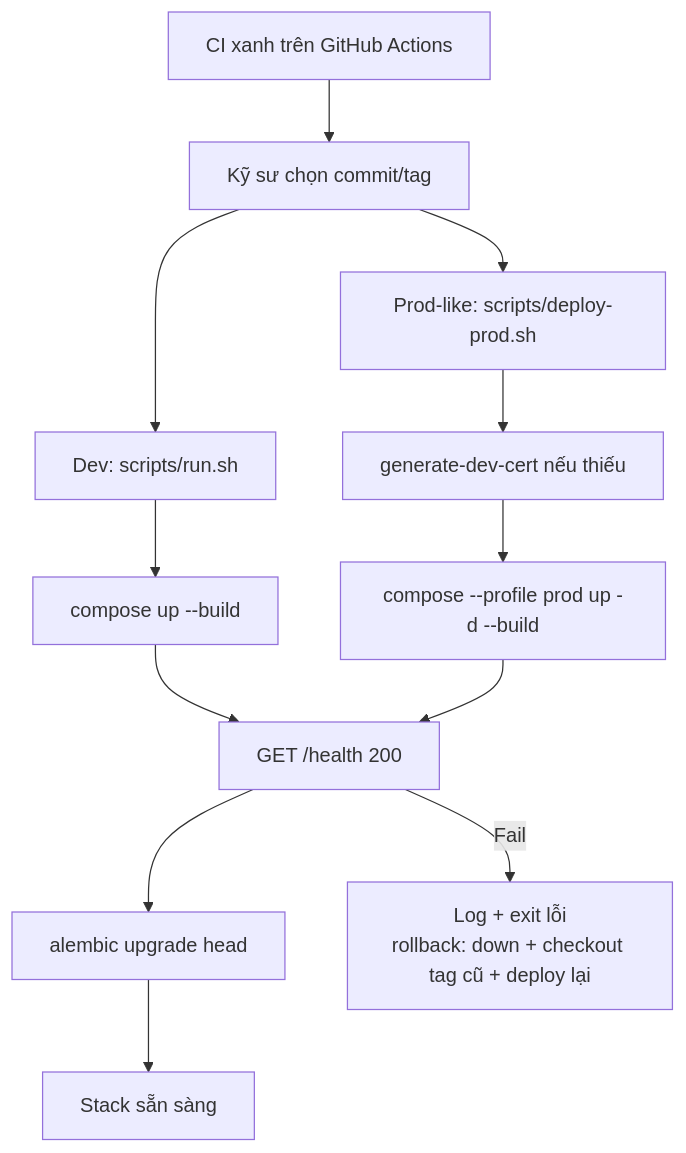
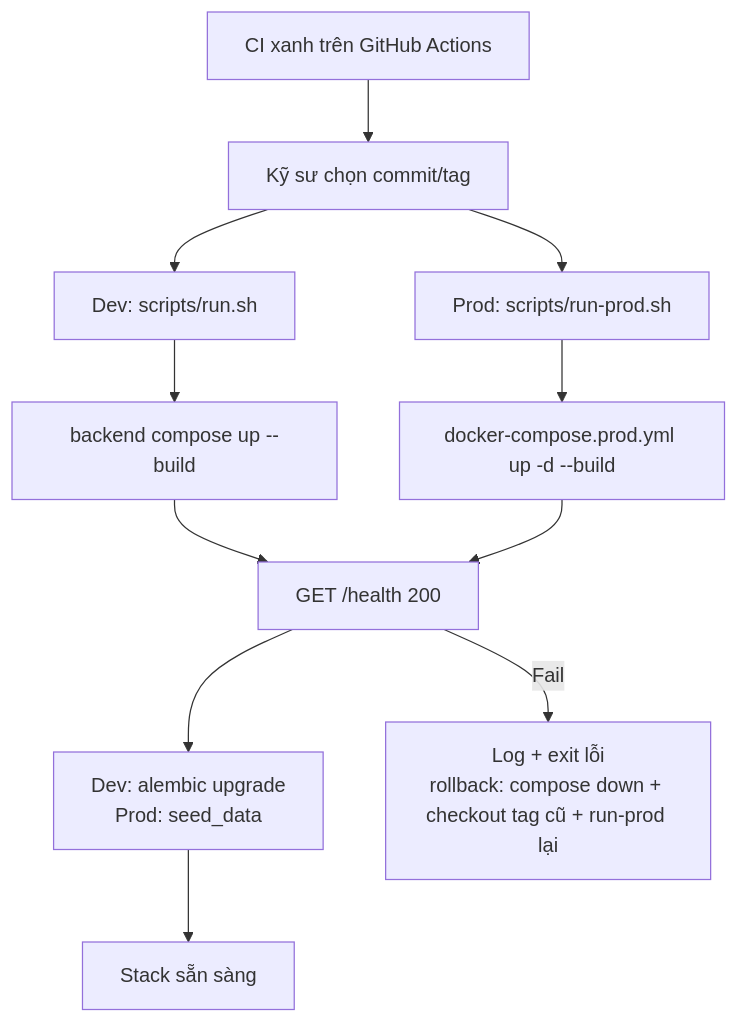
One commit to se-bros/hcmus-projectmanage--lab changed the second of 4 diagrams in final-exam/preparation/5_CICD_DevOps_Testing/README.md. Above: the diagram before and after it, drawn with Mermaid. The commit also changed other lines of this file and 5 other files, not shown here.

````diff
--- a/final-exam/preparation/5_CICD_DevOps_Testing/README.md
+++ b/final-exam/preparation/5_CICD_DevOps_Testing/README.md
@@ -93,14 +93,13 @@
 ```mermaid
 flowchart TD
     CI["CI xanh trên GitHub Actions"] --> Human["Kỹ sư chọn commit/tag"]
     Human --> DevDeploy["Dev: scripts/run.sh"]
-    Human --> ProdLike["Prod-like: scripts/deploy-prod.sh"]
-    DevDeploy --> Up1["compose up --build"]
-    ProdLike --> Cert["generate-dev-cert nếu thiếu"]
-    Cert --> Up2["compose --profile prod up -d --build"]
+    Human --> ProdLike["Prod: scripts/run-prod.sh"]
+    DevDeploy --> Up1["backend compose up --build"]
+    ProdLike --> Up2["docker-compose.prod.yml up -d --build"]
     Up1 --> Health["GET /health 200"]
     Up2 --> Health
-    Health --> Mig["alembic upgrade head"]
-    Mig --> Ready["Stack sẵn sàng"]
-    Health -->|Fail| Stop["Log + exit lỗi<br/>rollback: down + checkout tag cũ + deploy lại"]
+    Health --> Post["Dev: alembic upgrade<br/>Prod: seed_data"]
+    Post --> Ready["Stack sẵn sàng"]
+    Health -->|Fail| Stop["Log + exit lỗi<br/>rollback: compose down + checkout tag cũ + run-prod lại"]
 ```
````
